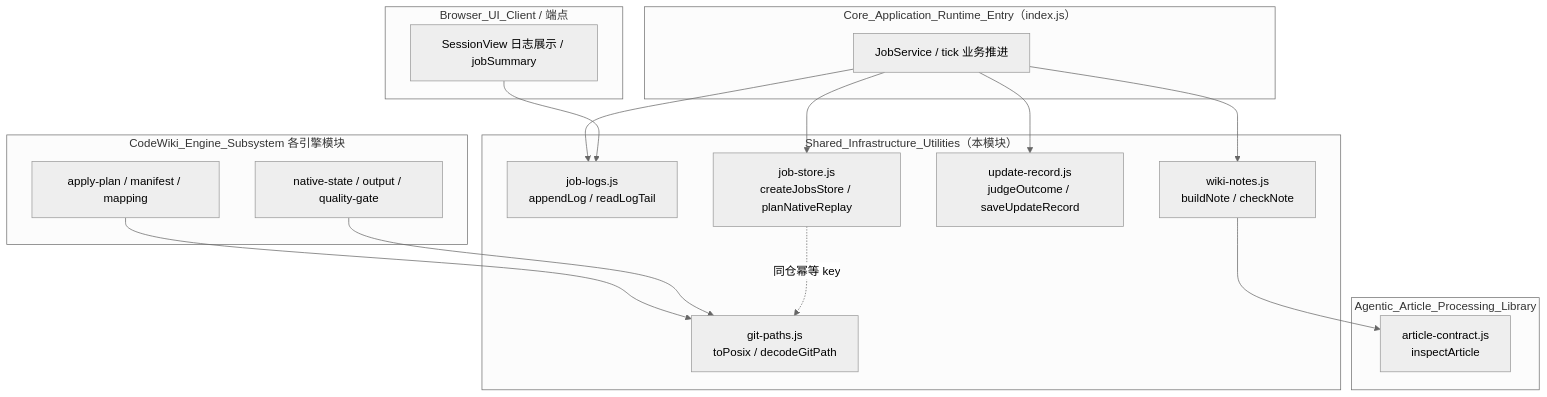
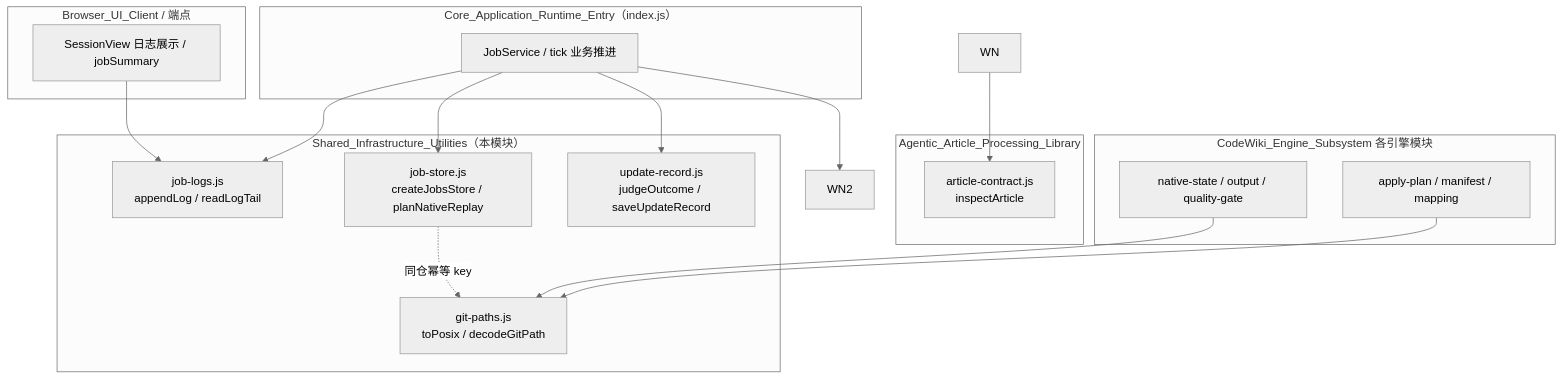
The first of 5 diagrams in .codewiki/modules/shared-infrastructure-utilities.md (ikliml666/dsh-codewiki), drawn with Mermaid (neutral theme) before and after one commit. The commit also changed other lines of this file and 19 other files, not shown here.

````diff
--- a/.codewiki/modules/shared-infrastructure-utilities.md
+++ b/.codewiki/modules/shared-infrastructure-utilities.md
@@ -32,37 +32,38 @@
 ```mermaid
 flowchart TB
     subgraph Runtime["Core_Application_Runtime_Entry（index.js）"]
         SVC["JobService / tick 业务推进"]
     end
 
     subgraph Engine["CodeWiki_Engine_Subsystem 各引擎模块"]
         AP["apply-plan / manifest / mapping"]
         NS["native-state / output / quality-gate"]
     end
 
     subgraph Agentic["Agentic_Article_Processing_Library"]
         AC["article-contract.js<br/>inspectArticle"]
     end
 
     subgraph Panel["Browser_UI_Client / 端点"]
         UI["SessionView 日志展示 / jobSummary"]
     end
 
     subgraph Shared["Shared_Infrastructure_Utilities（本模块）"]
         GP["git-paths.js<br/>toPosix / decodeGitPath"]
         JL["job-logs.js<br/>appendLog / readLogTail"]
         JS["job-store.js<br/>createJobsStore / planNativeReplay"]
         UR["update-record.js<br/>judgeOutcome / saveUpdateRecord"]
-        WN["wiki-notes.js<br/>buildNote / checkNote"]
+
+
     end
 
     SVC --> JS
     SVC --> UR
     SVC --> JL
-    SVC --> WN
+    SVC --> WN2
     AP --> GP
     NS --> GP
     JS -. 同仓幂等 key .-> GP
     WN --> AC
     UI --> JL
 ```
````
